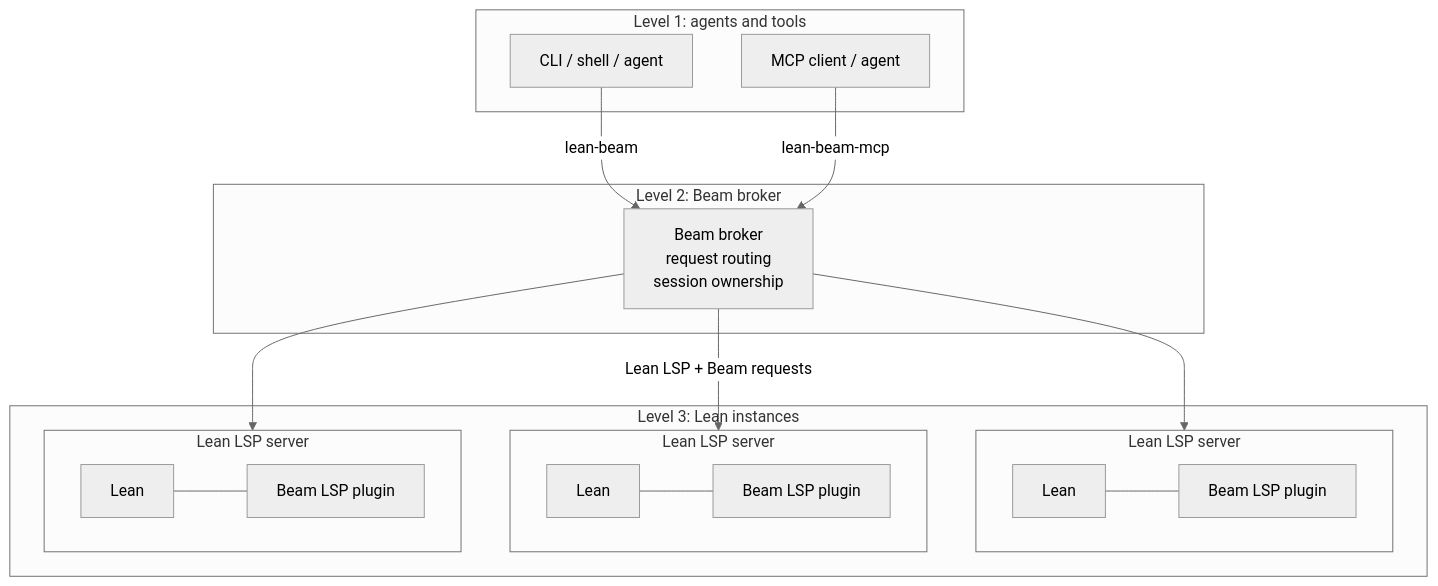
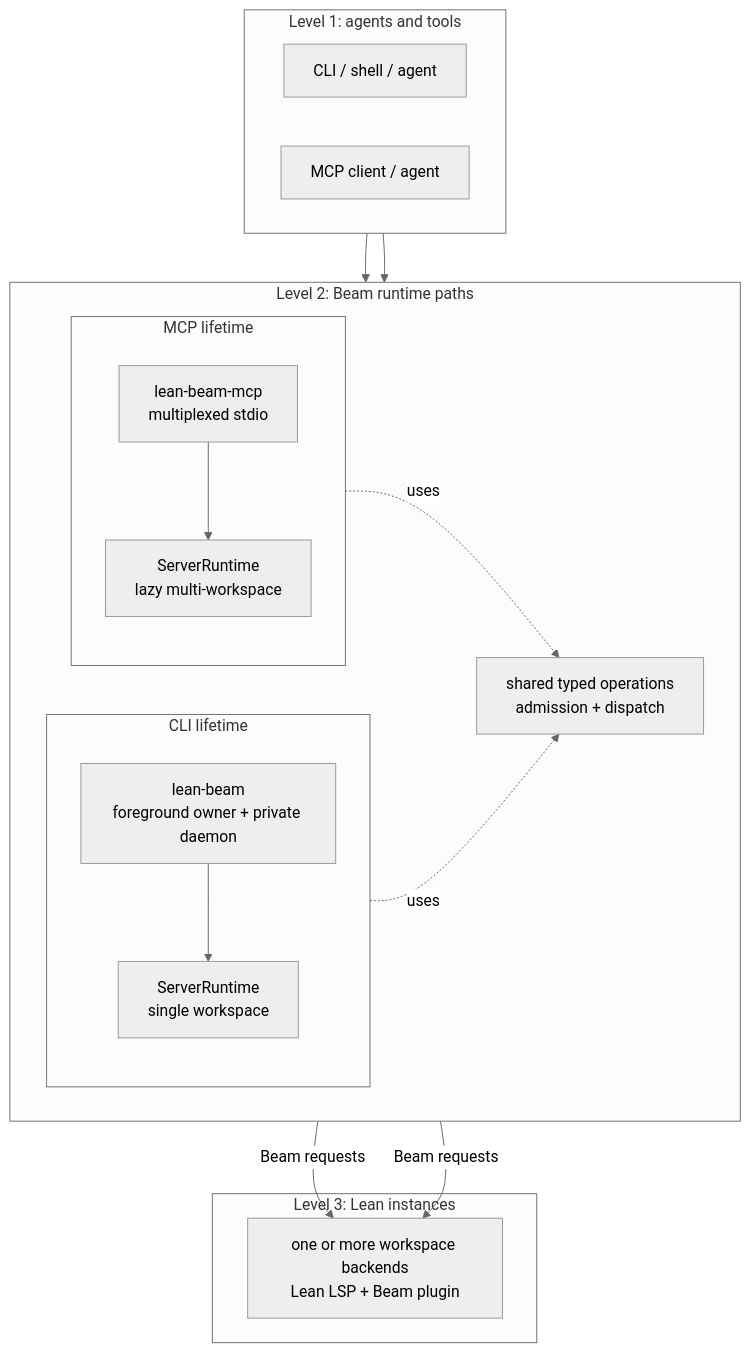
The diagram in README.md (ejgallego/lean-runAt), drawn with Mermaid (neutral theme) before and after one commit. The commit also changed other lines of this file and 78 other files, not shown here.

````diff
--- a/README.md
+++ b/README.md
@@ -9,35 +9,36 @@
 ```mermaid
 flowchart TB
   subgraph level1["Level 1: agents and tools"]
+    direction LR
     cli["CLI / shell / agent"]
     mcp["MCP client / agent"]
   end
 
-  subgraph level2["Level 2: Beam broker"]
-    broker["Beam broker<br/>request routing<br/>session ownership"]
+  subgraph level2["Level 2: Beam runtime paths"]
+    direction LR
+    subgraph cliOwner["CLI lifetime"]
+      direction TB
+      cliAdapter["lean-beam<br/>foreground owner + private daemon"]
+      cliRuntime["ServerRuntime<br/>single workspace"]
+      cliAdapter --> cliRuntime
+    end
+    shared["shared typed operations<br/>admission + dispatch"]
+    subgraph mcpOwner["MCP lifetime"]
+      direction TB
+      mcpAdapter["lean-beam-mcp<br/>multiplexed stdio"]
+      mcpRuntime["ServerRuntime<br/>lazy multi-workspace"]
+      mcpAdapter --> mcpRuntime
+    end
   end
 
   subgraph level3["Level 3: Lean instances"]
-    subgraph lsp1["Lean LSP server"]
-      lean1["Lean"]
-      plugin1["Beam LSP plugin"]
-    end
-    subgraph lsp2["Lean LSP server"]
-      lean2["Lean"]
-      plugin2["Beam LSP plugin"]
-    end
-    subgraph lspn["Lean LSP server"]
-      leanN["Lean"]
-      pluginN["Beam LSP plugin"]
-    end
+    backends["one or more workspace backends<br/>Lean LSP + Beam plugin"]
   end
 
-  cli -- lean-beam --> broker
-  mcp -- lean-beam-mcp --> broker
-  broker --> lsp1
-  broker -- Lean LSP + Beam requests --> lsp2
-  broker --> lspn
-  lean1 --- plugin1
-  lean2 --- plugin2
-  leanN --- pluginN
+  cli --> cliAdapter
+  mcp --> mcpAdapter
+  cliRuntime -. uses .-> shared
+  mcpRuntime -. uses .-> shared
+  cliRuntime -- Beam requests --> backends
+  mcpRuntime -- Beam requests --> backends
 ```
````
